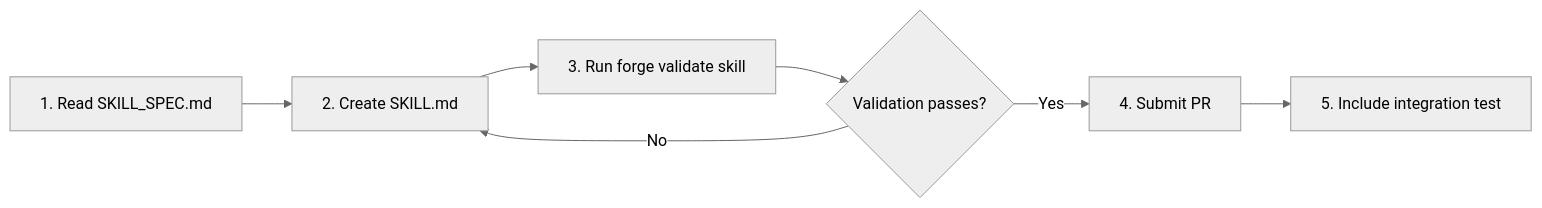
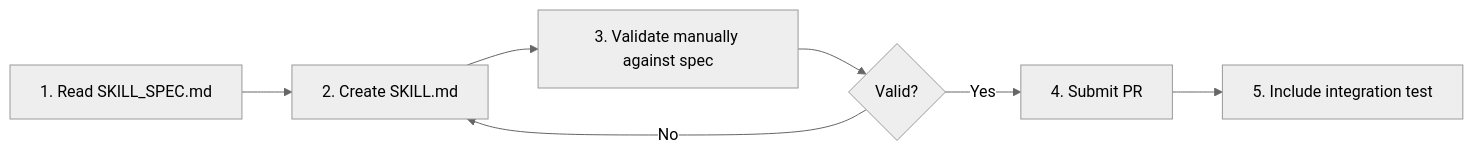
One commit to Razaib-khan/ForgeWeave changed the fourth of 4 diagrams in SKILL_SPEC.md. Above: the diagram before and after it, drawn with Mermaid (neutral theme). The commit also changed other lines of this file and 410 other files, not shown here.

````diff
--- a/SKILL_SPEC.md
+++ b/SKILL_SPEC.md
@@ -349,9 +351,9 @@
 ```mermaid
 flowchart LR
     A["1. Read SKILL_SPEC.md"] --> B["2. Create SKILL.md"]
-    B --> C["3. Run forge validate skill"]
-    C --> D{"Validation passes?"}
+    B --> C["3. Validate manually against spec"]
+    C --> D{"Valid?"}
     D -->|Yes| E["4. Submit PR"]
     D -->|No| B
     E --> F["5. Include integration test"]
 ```
````
